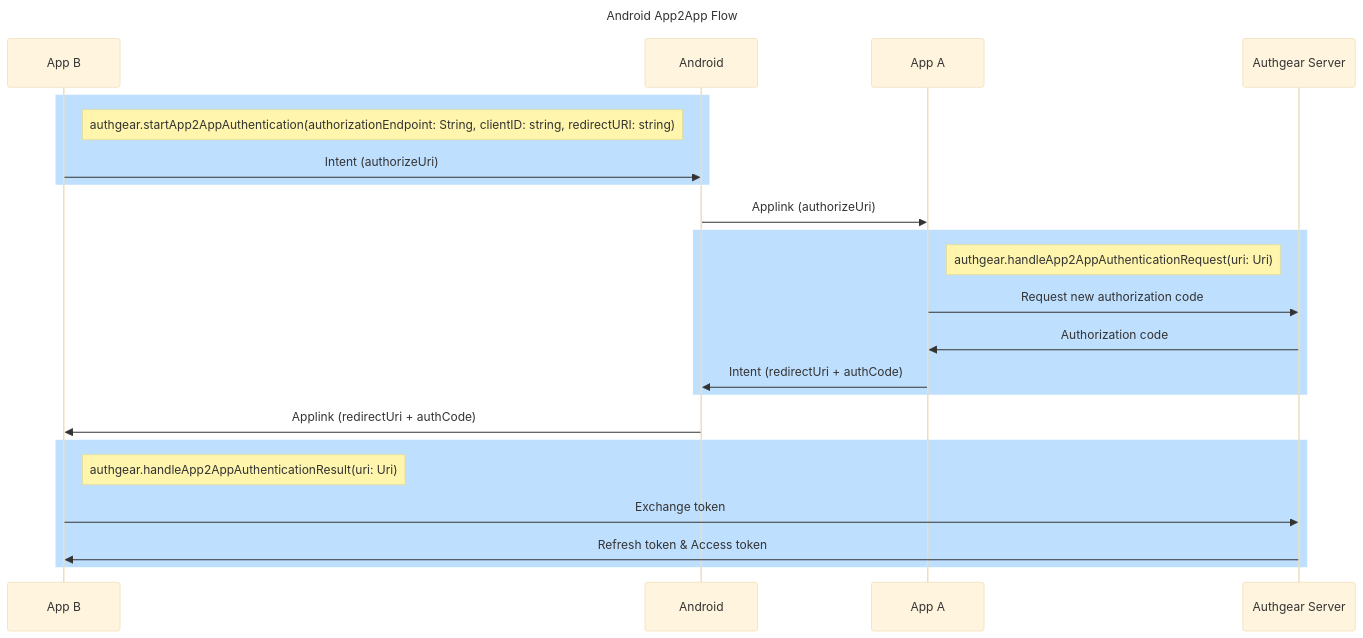
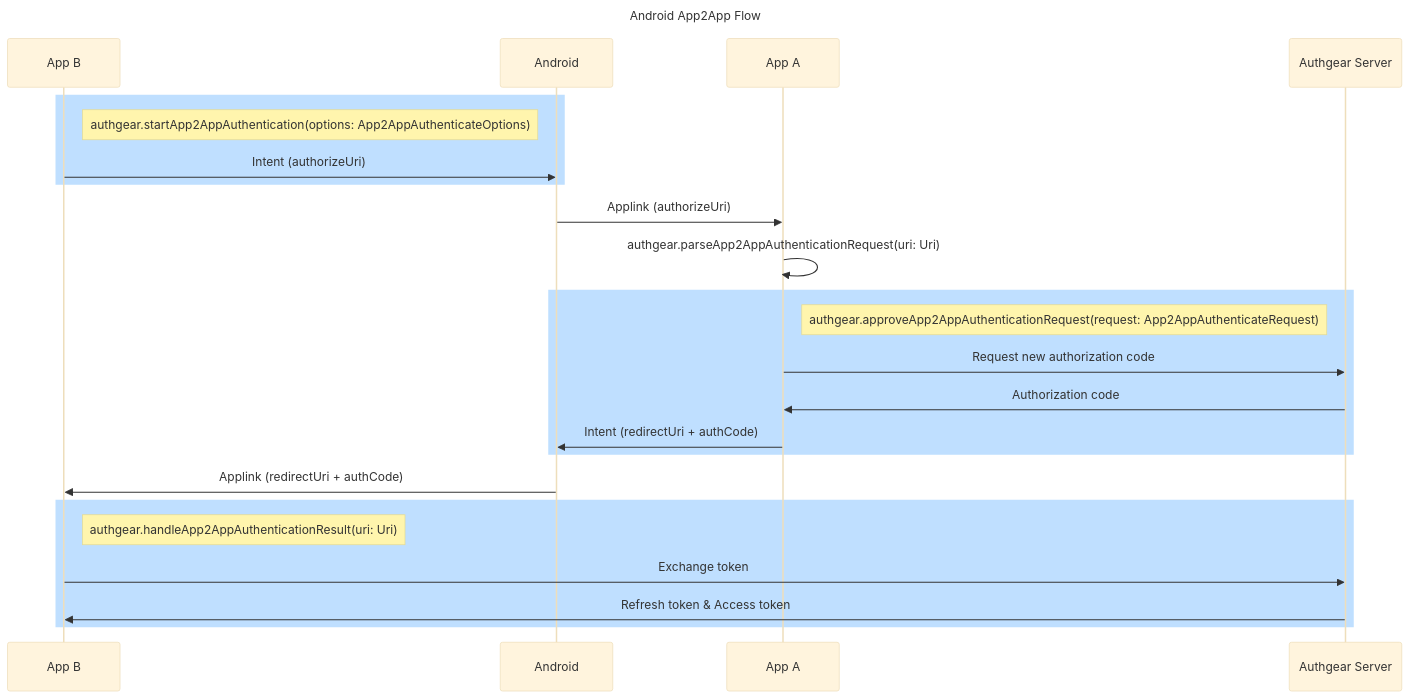
One commit to authgear/authgear-server changed the first of 2 diagrams in docs/specs/app2app.md. Above: the diagram before and after it, drawn with Mermaid (base theme). The commit also changed other lines of this file, not shown here.

Commit message:
Update app2app spec to match current implementation

````diff
--- a/docs/specs/app2app.md
+++ b/docs/specs/app2app.md
@@ -63,30 +63,31 @@
 ```mermaid
 sequenceDiagram
     Title Android App2App Flow
     participant B as App B
     participant O as Android
     participant A as App A
     participant S as Authgear Server
 
 
     rect rgb(191, 223, 255)
-    note right of B: authgear.startApp2AppAuthentication(authorizationEndpoint: String, clientID: string, redirectURI: string)
+    note right of B: authgear.startApp2AppAuthentication(options: App2AppAuthenticateOptions)
     B ->> O: Intent (authorizeUri)
     end
 
     O ->> A: Applink (authorizeUri)
+    A ->> A: authgear.parseApp2AppAuthenticationRequest(uri: Uri)
 
     rect rgb(191, 223, 255)
-    note right of A: authgear.handleApp2AppAuthenticationRequest(uri: Uri)
+    note right of A: authgear.approveApp2AppAuthenticationRequest(request: App2AppAuthenticateRequest)
     A ->> S: Request new authorization code
     S ->> A: Authorization code
     A ->> O: Intent (redirectUri + authCode)
     end
     O ->> B: Applink (redirectUri + authCode)
 
     rect rgb(191, 223, 255)
     note right of B: authgear.handleApp2AppAuthenticationResult(uri: Uri)
     B ->> S: Exchange token
     S ->> B: Refresh token & Access token
     end
 ```
````
